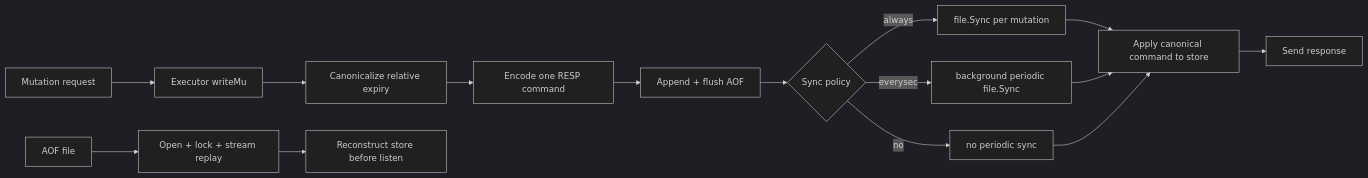
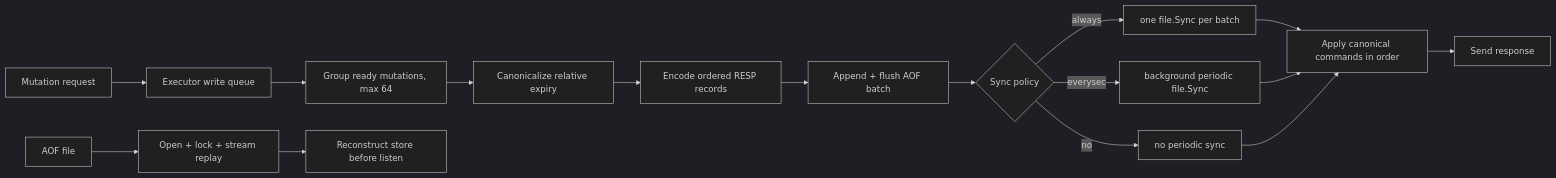
One commit to shivam-pathak9/carrot changed the sixth of 6 diagrams in HLD.md. Above: the diagram before and after it, drawn with Mermaid (dark theme). The commit also changed other lines of this file and 19 other files, not shown here.

First line of the commit message:
Add AOF group commit and non-blocking rewrite; fix doc drift

````diff
--- a/HLD.md
+++ b/HLD.md
@@ -336,17 +335,18 @@
 ```mermaid
 flowchart LR
-    Mutation["Mutation request"] --> Serial["Executor writeMu"]
-    Serial --> Normalize["Canonicalize relative expiry"]
-    Normalize --> Encode["Encode one RESP command"]
-    Encode --> Append["Append + flush AOF"]
+    Mutation["Mutation request"] --> Queue["Executor write queue"]
+    Queue --> Group["Group ready mutations, max 64"]
+    Group --> Normalize["Canonicalize relative expiry"]
+    Normalize --> Encode["Encode ordered RESP records"]
+    Encode --> Append["Append + flush AOF batch"]
     Append --> Policy{"Sync policy"}
-    Policy -->|always| Sync["file.Sync per mutation"]
+    Policy -->|always| Sync["one file.Sync per batch"]
     Policy -->|everysec| Periodic["background periodic file.Sync"]
     Policy -->|no| NoSync["no periodic sync"]
-    Sync --> Apply["Apply canonical command to store"]
+    Sync --> Apply["Apply canonical commands in order"]
     Periodic --> Apply
     NoSync --> Apply
     Apply --> Ack["Send response"]
     File["AOF file"] --> Startup["Open + lock + stream replay"]
     Startup --> Store["Reconstruct store before listen"]
 ```
````
